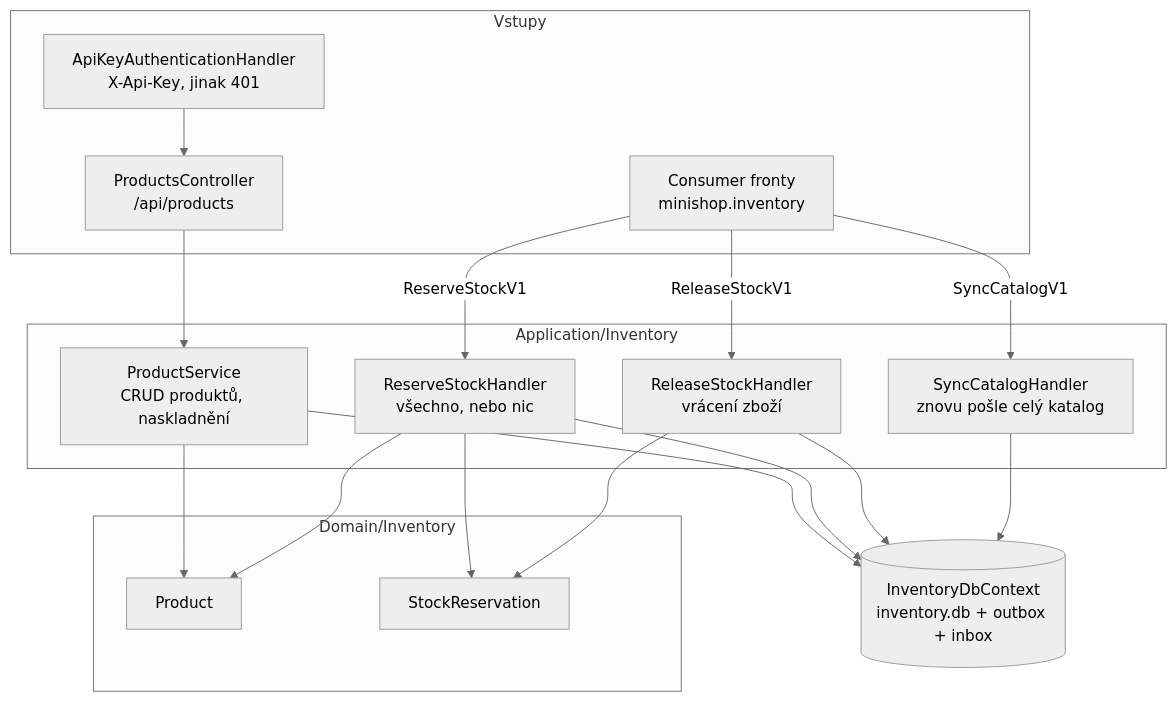
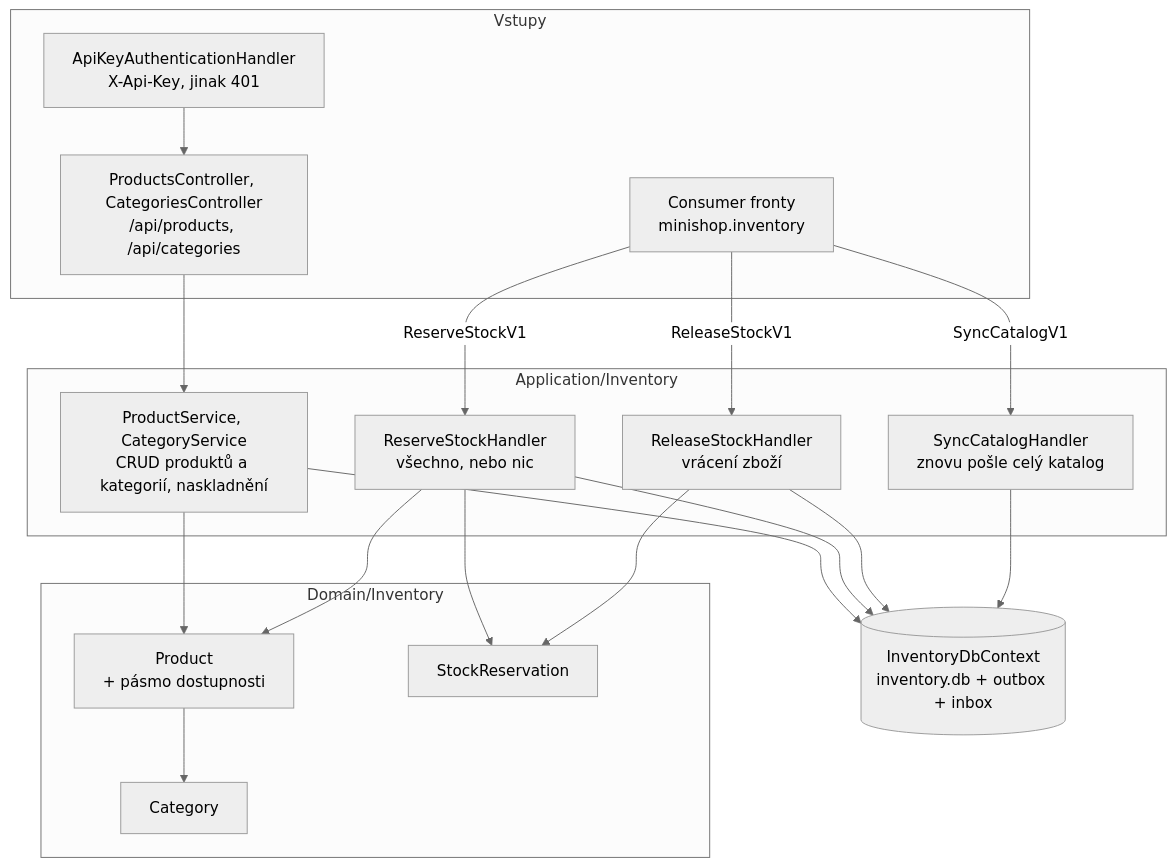
One commit to ftichy/MiniShop changed the diagram in docs/prirucka/architektura/moduly/inventory.md. Above: the diagram before and after it, drawn with Mermaid (neutral theme). The commit also changed other lines of this file and 89 other files, not shown here.

````diff
--- a/docs/prirucka/architektura/moduly/inventory.md
+++ b/docs/prirucka/architektura/moduly/inventory.md
@@ -12,43 +12,45 @@
 ```mermaid
 flowchart TB
     subgraph entry["Vstupy"]
         key["ApiKeyAuthenticationHandler<br/>X-Api-Key, jinak 401"]
-        rest["ProductsController<br/>/api/products"]
+        rest["ProductsController, CategoriesController<br/>/api/products, /api/categories"]
         consumer["Consumer fronty<br/>minishop.inventory"]
     end
 
     subgraph app["Application/Inventory"]
-        svc["ProductService<br/>CRUD produktů, naskladnění"]
+        svc["ProductService, CategoryService<br/>CRUD produktů a kategorií, naskladnění"]
         reserve["ReserveStockHandler<br/>všechno, nebo nic"]
         release["ReleaseStockHandler<br/>vrácení zboží"]
         syncH["SyncCatalogHandler<br/>znovu pošle celý katalog"]
     end
 
     subgraph domain["Domain/Inventory"]
-        product["Product"]
+        product["Product<br/>+ pásmo dostupnosti"]
+        category["Category"]
         reservation["StockReservation"]
     end
 
     db[("InventoryDbContext<br/>inventory.db + outbox + inbox")]
 
     key --> rest
     rest --> svc
     consumer -->|ReserveStockV1| reserve
     consumer -->|ReleaseStockV1| release
     consumer -->|SyncCatalogV1| syncH
     svc --> product
+    product --> category
     reserve --> product
     reserve --> reservation
     release --> reservation
     svc --> db
     reserve --> db
     release --> db
     syncH --> db
 
     click reserve "/Docs/toky/vytvoreni-objednavky"
     click release "/Docs/toky/zruseni-a-vyrizeni"
     click syncH "/Docs/toky/obnova-katalogu"
     click db "/Docs/eda/outbox"
     click consumer "/Docs/eda/broker"
     click svc "/Docs/toky/zmena-produktu"
 ```
````
